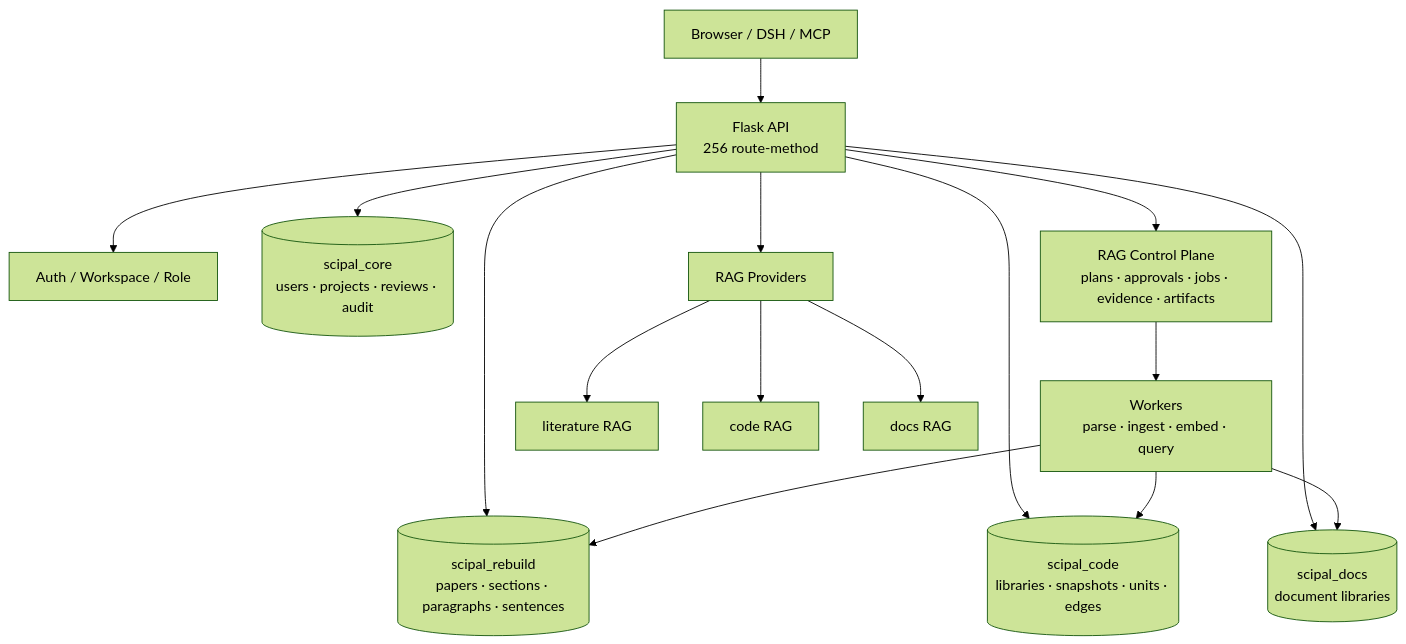
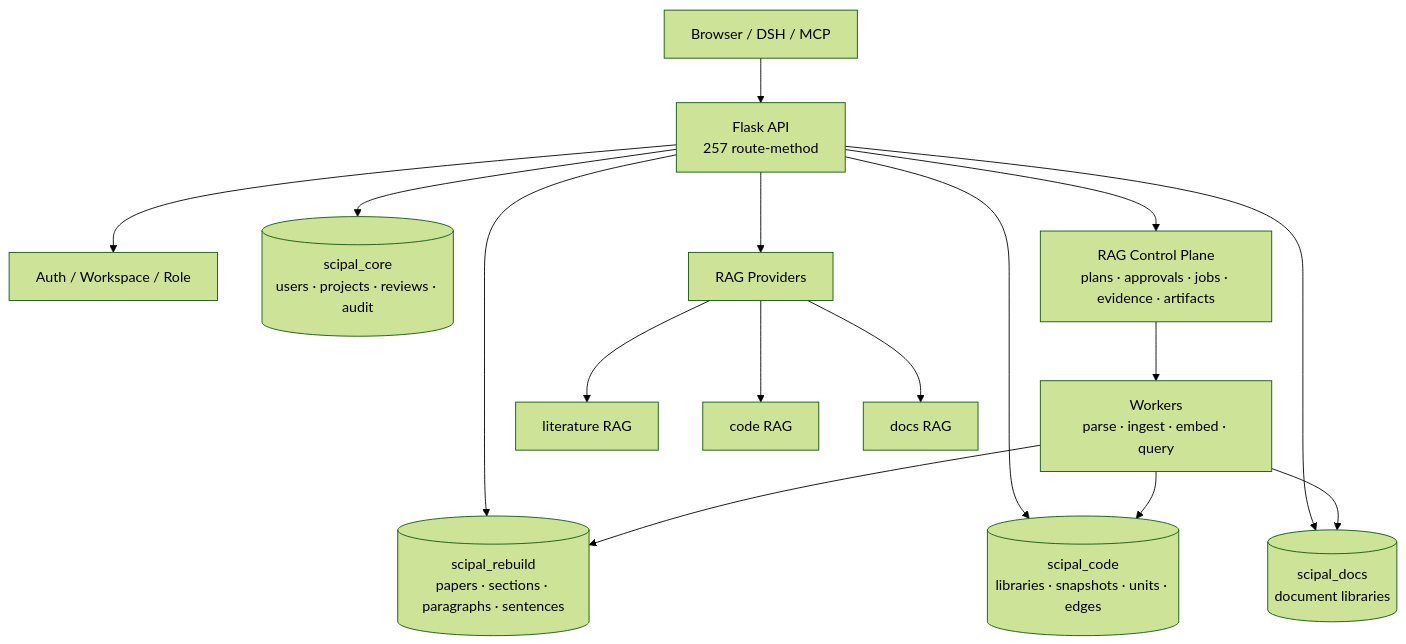
The first of 2 diagrams in README.md (williamchen520/sci-pal), drawn with Mermaid (forest theme) before and after one commit. The commit also changed other lines of this file, not shown here.

Commit message:
docs: update route count to 257

````diff
--- a/README.md
+++ b/README.md
@@ -77,20 +77,20 @@
 ```mermaid
 flowchart TB
-    U["Browser / DSH / MCP"] --> API["Flask API<br/>256 route-method"]
+    U["Browser / DSH / MCP"] --> API["Flask API<br/>257 route-method"]
     API --> AUTH["Auth / Workspace / Role"]
     API --> CORE[("scipal_core<br/>users · projects · reviews · audit")]
     API --> CORPUS[("scipal_rebuild<br/>papers · sections · paragraphs · sentences")]
     API --> CODE[("scipal_code<br/>libraries · snapshots · units · edges")]
     API --> DOCS[("scipal_docs<br/>document libraries")]
 
     API --> CP["RAG Control Plane<br/>plans · approvals · jobs · evidence · artifacts"]
     CP --> WORKER["Workers<br/>parse · ingest · embed · query"]
     WORKER --> CORPUS
     WORKER --> CODE
     WORKER --> DOCS
 
     API --> PROV["RAG Providers"]
     PROV --> LIT["literature RAG"]
     PROV --> CRAG["code RAG"]
     PROV --> DRAG["docs RAG"]
 ```
````
